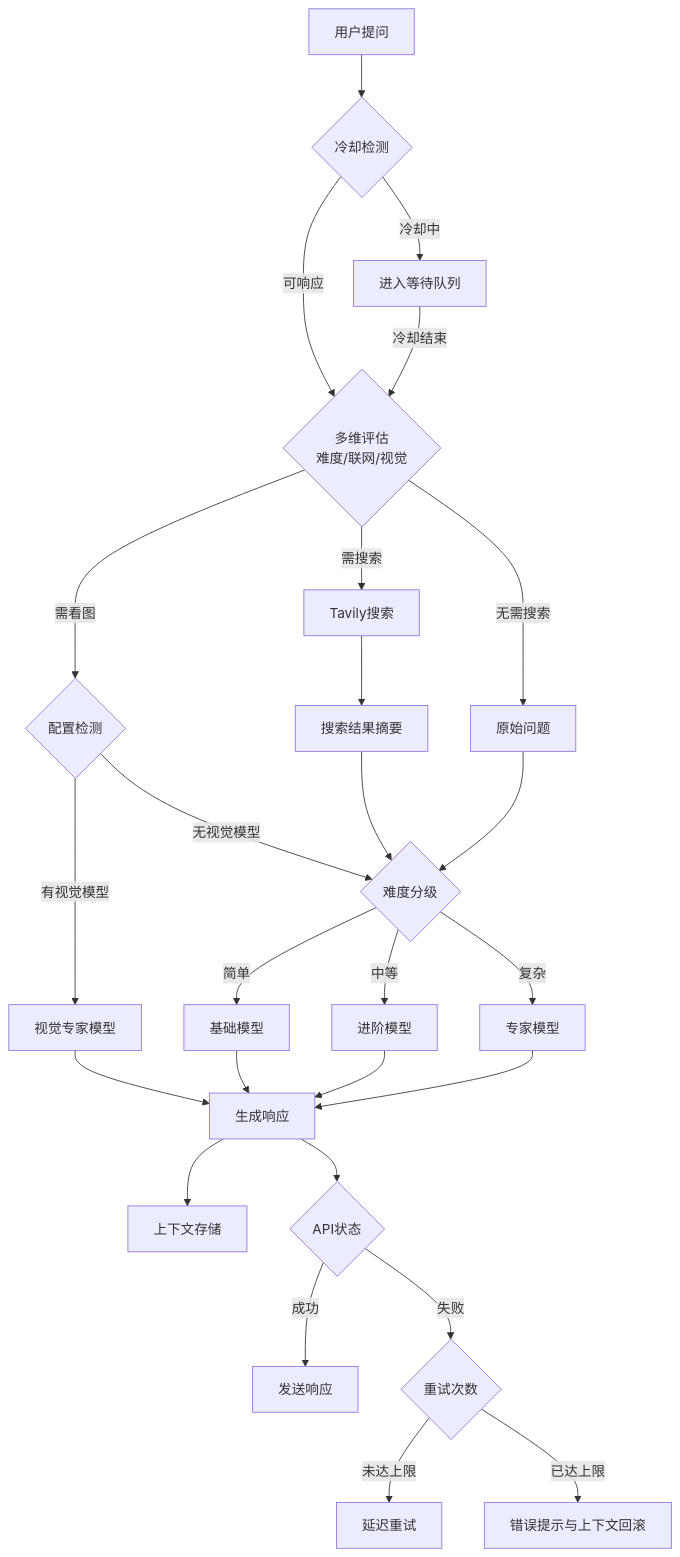
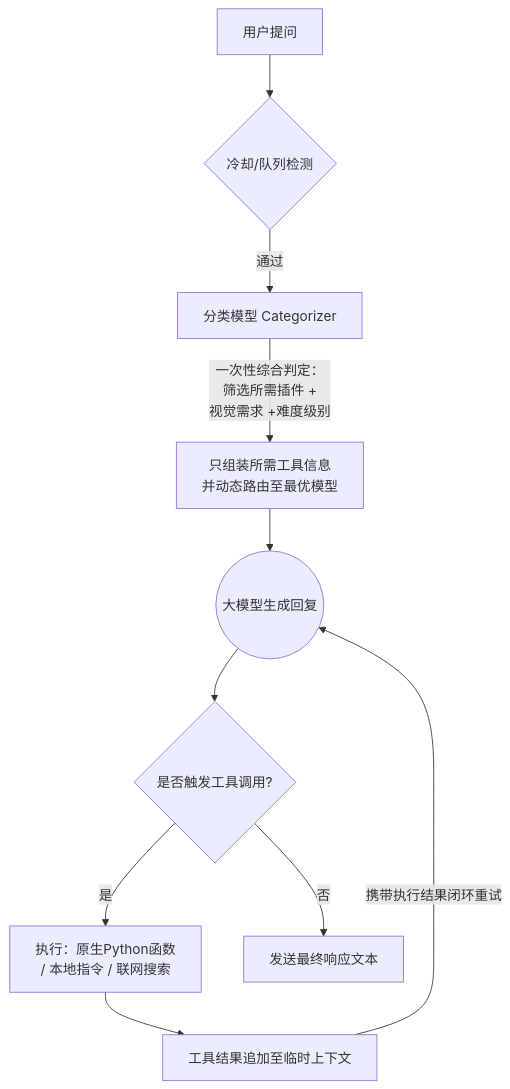
The diagram in README.md (Elflare/nonebot-plugin-moellmchats), drawn with Mermaid before and after one commit. The commit also changed other lines of this file and 10 other files, not shown here.

````diff
--- a/README.md
+++ b/README.md
@@ -295,28 +321,17 @@
 ```mermaid
 graph TD
-    A[用户提问] --> B{冷却检测}
-    B -->|冷却中| C[进入等待队列]
-    B -->|可响应| D{多维评估<br>难度/联网/视觉}
-    C -->|冷却结束| D
-
-    D -->|需看图| V{配置检测}
-    V -->|有视觉模型| VM[视觉专家模型]
-    V -->|无视觉模型| H
-
-    D -->|需搜索| E[Tavily搜索]
-    E --> F[搜索结果摘要]
-    D -->|无需搜索| G[原始问题]
-
-    F & G --> H{难度分级}
-    H -->|简单| I[基础模型]
-    H -->|中等| J[进阶模型]
-    H -->|复杂| K[专家模型]
-
-    VM & I & J & K --> L[生成响应]
-    L --> M[上下文存储]
-    L --> N{API状态}
-    N -->|成功| O[发送响应]
-    N -->|失败| P{重试次数}
-    P -->|未达上限| Q[延迟重试]
-    P -->|已达上限| R[错误提示与上下文回滚]
+    A[用户提问] --> B{冷却/队列检测}
+    B -->|通过| C[分类模型 Categorizer]
+    
+    C -->|一次性综合判定：<br>筛选所需插件 +  <br>视觉需求 +难度级别| D[只组装所需工具信息<br>并动态路由至最优模型]
+    
+    D --> E((大模型生成回复))
+    
+    E --> F{是否触发工具调用?}
+    
+    F -->|是| G[执行：原生Python函数<br> / 本地指令 / 联网搜索]
+    G --> H[工具结果追加至临时上下文]
+    H -->|携带执行结果闭环重试| E
+    
+    F -->|否| I[发送最终响应文本]
 ```
````
